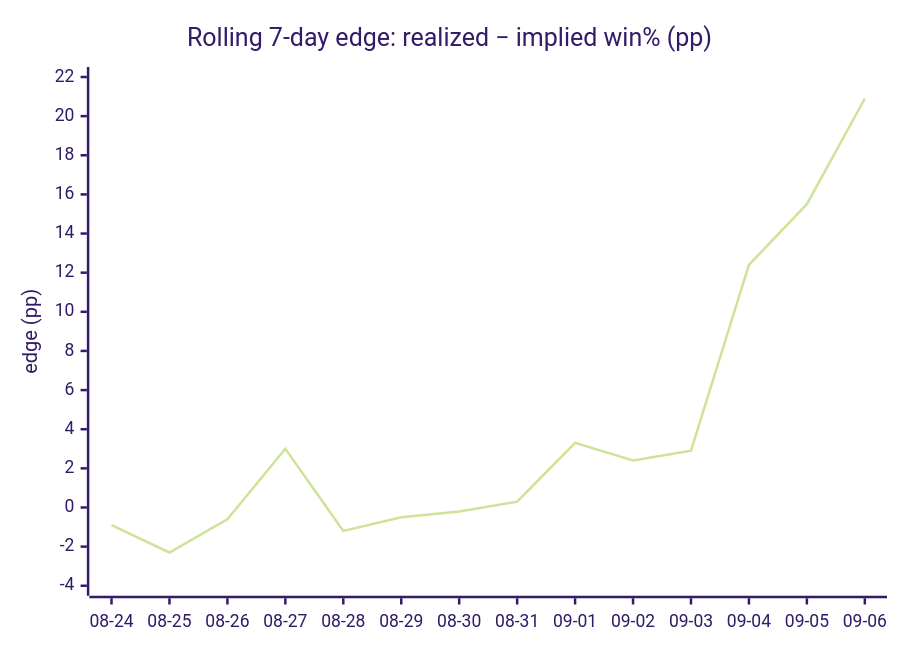
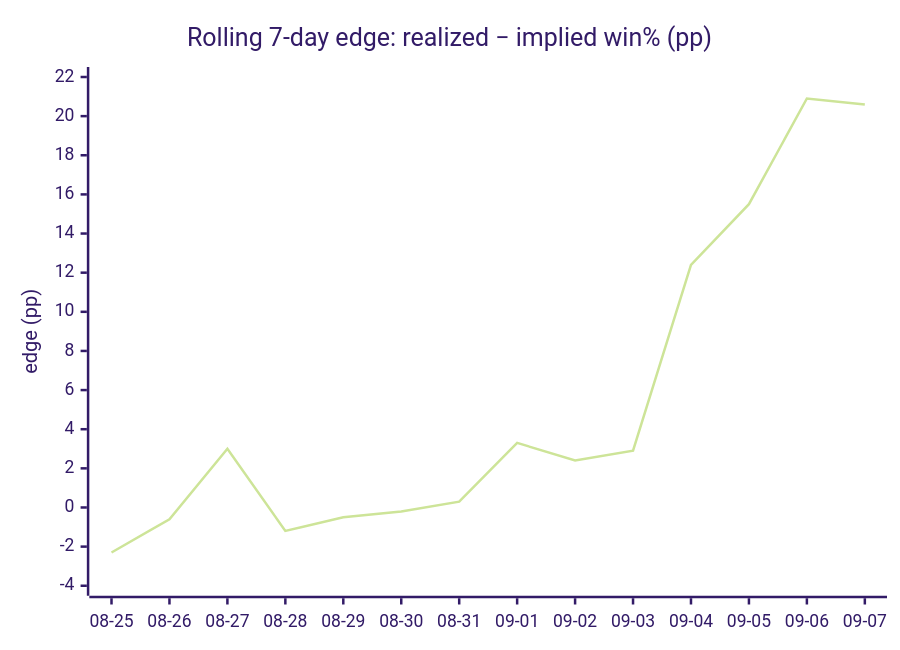
One commit to dpk1212/nhl-savant changed the fourth of 4 diagrams in DAILY_AGSU_REPORT.md. Above: the diagram before and after it, drawn with Mermaid (forest theme). The commit also changed other lines of this file, not shown here.

````diff
--- a/DAILY_AGSU_REPORT.md
+++ b/DAILY_AGSU_REPORT.md
@@ -864,7 +864,7 @@
 ```mermaid
 xychart-beta
     title "Rolling 7-day edge: realized − implied win% (pp)"
-    x-axis ["08-24", "08-25", "08-26", "08-27", "08-28", "08-29", "08-30", "08-31", "09-01", "09-02", "09-03", "09-04", "09-05", "09-06"]
+    x-axis ["08-25", "08-26", "08-27", "08-28", "08-29", "08-30", "08-31", "09-01", "09-02", "09-03", "09-04", "09-05", "09-06", "09-07"]
     y-axis "edge (pp)" -4 --> 22
-    line [-0.9, -2.3, -0.6, 3, -1.2, -0.5, -0.2, 0.3, 3.3, 2.4, 2.9, 12.4, 15.5, 20.9]
+    line [-2.3, -0.6, 3, -1.2, -0.5, -0.2, 0.3, 3.3, 2.4, 2.9, 12.4, 15.5, 20.9, 20.6]
 ```
````
